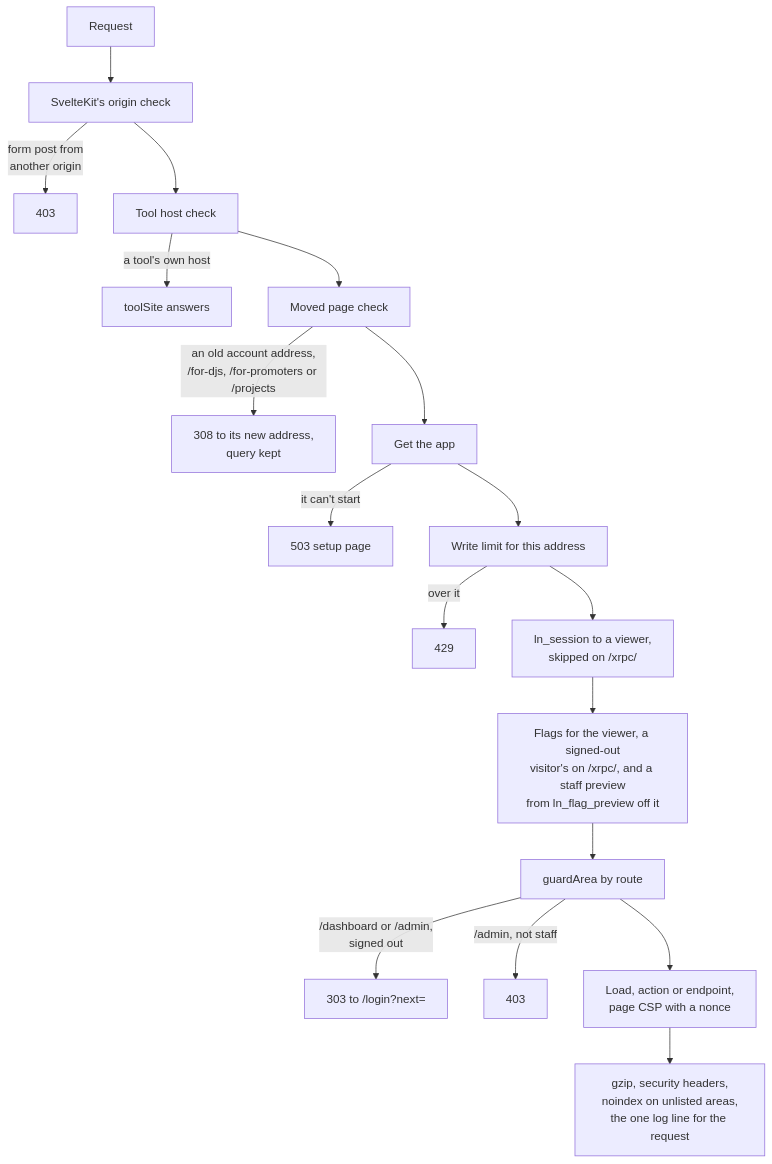
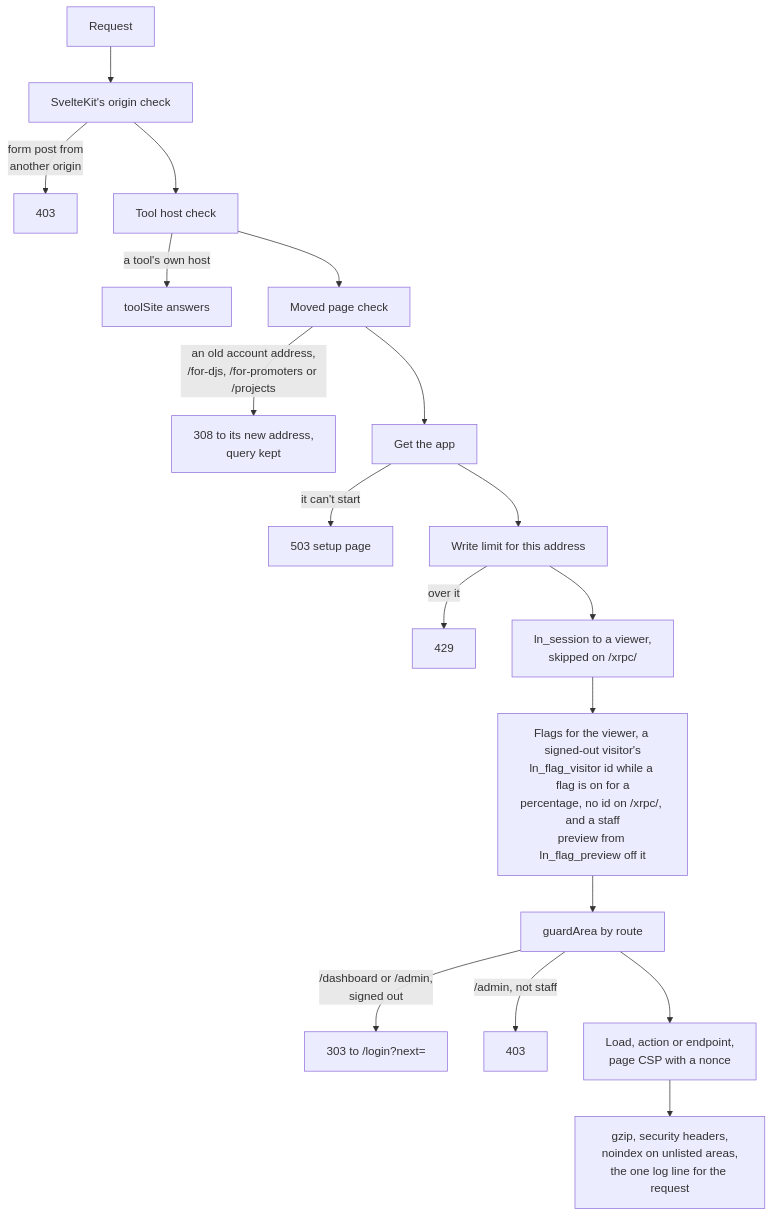
The first of 11 diagrams in apps/web/docs/diagrams/requests-and-routes.md (cutenode/localnetwork), drawn with Mermaid before and after one commit. The commit also changed other lines of this file and 30 other files, not shown here.

First line of the commit message:
feat(web): say which pages a flag shows on, and count signed-out visitors in a rollout

````diff
--- a/apps/web/docs/diagrams/requests-and-routes.md
+++ b/apps/web/docs/diagrams/requests-and-routes.md
@@ -21,20 +21,20 @@
 ```mermaid
 flowchart TD
   In["Request"] --> Csrf["SvelteKit's origin check"]
   Csrf -- "form post from<br/>another origin" --> Blocked["403"]
   Csrf --> Tool["Tool host check"]
   Tool -- "a tool's own host" --> ToolSite["toolSite answers"]
   Tool --> Moved["Moved page check"]
   Moved -- "an old account address,<br/>/for-djs, /for-promoters or /projects" --> Redirect["308 to its new address,<br/>query kept"]
   Moved --> Load["Get the app"]
   Load -- "it can't start" --> Setup["503 setup page"]
   Load --> Limit["Write limit for this address"]
   Limit -- "over it" --> Slow["429"]
   Limit --> Session["ln_session to a viewer,<br/>skipped on /xrpc/"]
-  Session --> Flags["Flags for the viewer, a signed-out<br/>visitor's on /xrpc/, and a staff preview<br/>from ln_flag_preview off it"]
+  Session --> Flags["Flags for the viewer, a signed-out visitor's<br/>ln_flag_visitor id while a flag is on for a<br/>percentage, no id on /xrpc/, and a staff<br/>preview from ln_flag_preview off it"]
   Flags --> Guard["guardArea by route"]
   Guard -- "/dashboard or /admin,<br/>signed out" --> Login["303 to /login?next="]
   Guard -- "/admin, not staff" --> Refused["403"]
   Guard --> Route["Load, action or endpoint,<br/>page CSP with a nonce"]
   Route --> Out["gzip, security headers,<br/>noindex on unlisted areas,<br/>the one log line for the request"]
 ```
````
